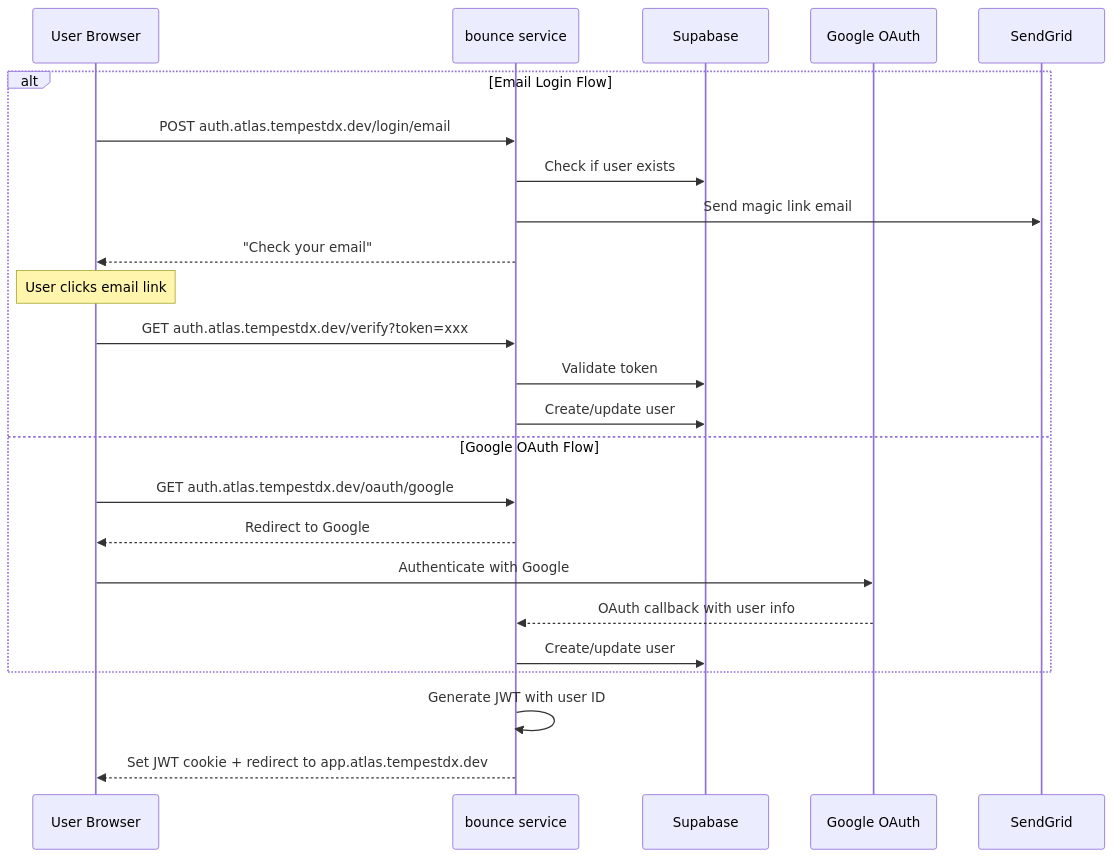
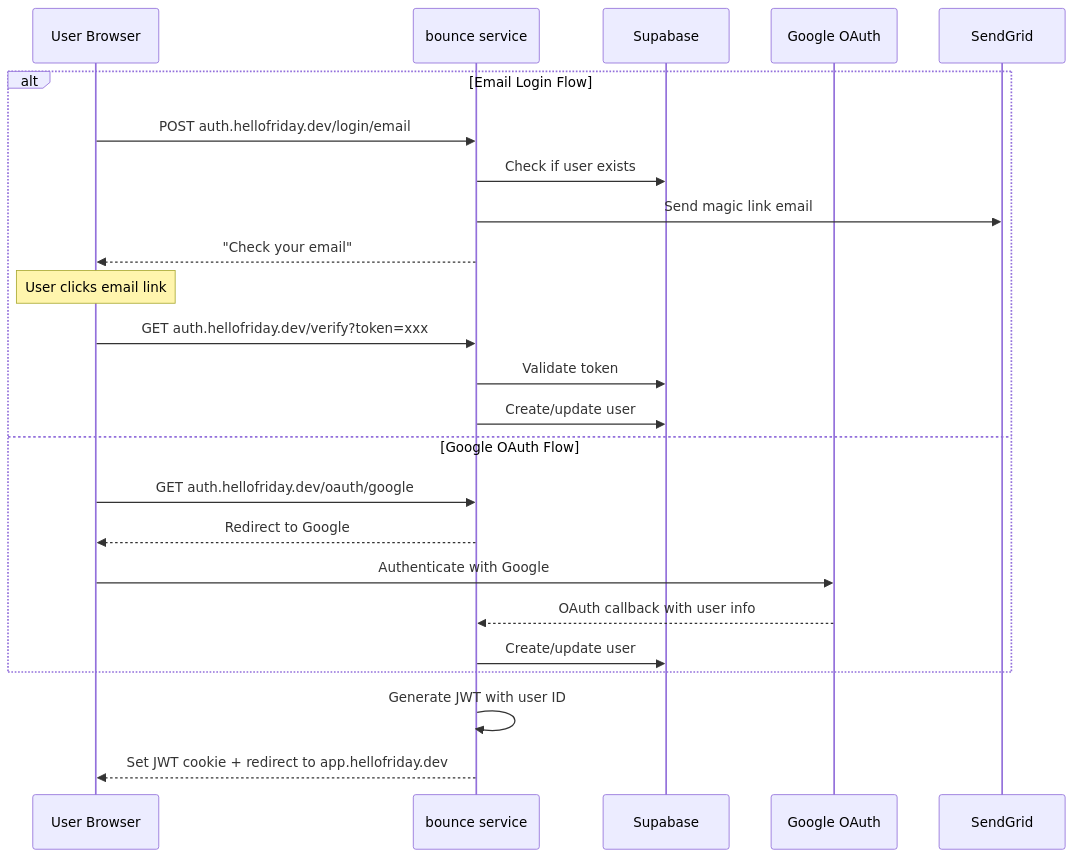
One commit to friday-platform/friday-studio changed the third of 10 diagrams in docs/ATLAS_AUTH_USER_JOURNEY.md. Above: the diagram before and after it, drawn with Mermaid. The commit also changed other lines of this file and 20 other files, not shown here.

First line of the commit message:
chore: rebrand domains from tempestdx to hellofriday (#1223)

````diff
--- a/docs/ATLAS_AUTH_USER_JOURNEY.md
+++ b/docs/ATLAS_AUTH_USER_JOURNEY.md
@@ -71,28 +71,28 @@
 ```mermaid
 sequenceDiagram
     participant U as User Browser
     participant B as bounce service
     participant S as Supabase
     participant G as Google OAuth
     participant SG as SendGrid
 
     alt Email Login Flow
-        U->>B: POST auth.atlas.tempestdx.dev/login/email
+        U->>B: POST auth.hellofriday.dev/login/email
         B->>S: Check if user exists
         B->>SG: Send magic link email
         B-->>U: "Check your email"
         Note over U: User clicks email link
-        U->>B: GET auth.atlas.tempestdx.dev/verify?token=xxx
+        U->>B: GET auth.hellofriday.dev/verify?token=xxx
         B->>S: Validate token
         B->>S: Create/update user
     else Google OAuth Flow
-        U->>B: GET auth.atlas.tempestdx.dev/oauth/google
+        U->>B: GET auth.hellofriday.dev/oauth/google
         B-->>U: Redirect to Google
         U->>G: Authenticate with Google
         G-->>B: OAuth callback with user info
         B->>S: Create/update user
     end
 
     B->>B: Generate JWT with user ID
-    B-->>U: Set JWT cookie + redirect to app.atlas.tempestdx.dev
+    B-->>U: Set JWT cookie + redirect to app.hellofriday.dev
 ```
````
